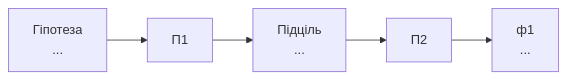
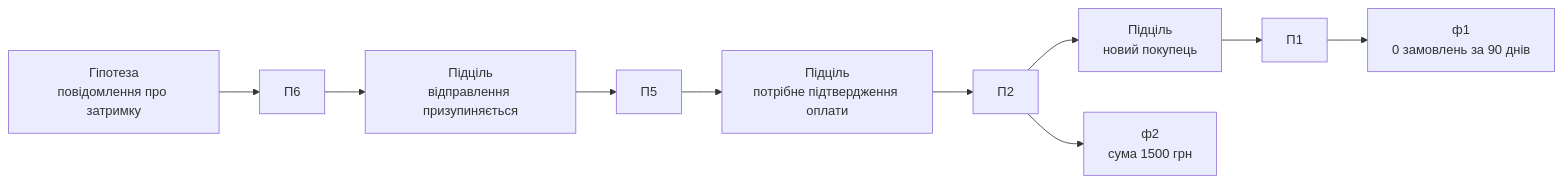
The third of 5 diagrams in lab-05/README.md (katerynakoles/obdz), drawn with Mermaid before and after one commit. The commit also changed other lines of this file, not shown here.

````diff
--- a/lab-05/README.md
+++ b/lab-05/README.md
@@ -129,6 +141,10 @@
 ```mermaid
 flowchart LR
-    G["Гіпотеза<br/>..."] --> R1["П1"]
-    R1 --> G1["Підціль<br/>..."]
-    G1 --> R2["П2"] --> F1["ф1<br/>..."]
+    G["Гіпотеза<br/>повідомлення про затримку"] --> R6["П6"]
+    R6 --> G1["Підціль<br/>відправлення призупиняється"]
+    G1 --> R5["П5"]
+    R5 --> G2["Підціль<br/>потрібне підтвердження оплати"]
+    G2 --> R2["П2"]
+    R2 --> G3["Підціль<br/>новий покупець"] --> R1["П1"] --> F1["ф1<br/>0 замовлень за 90 днів"]
+    R2 --> F2["ф2<br/>сума 1500 грн"]
 ```
````
